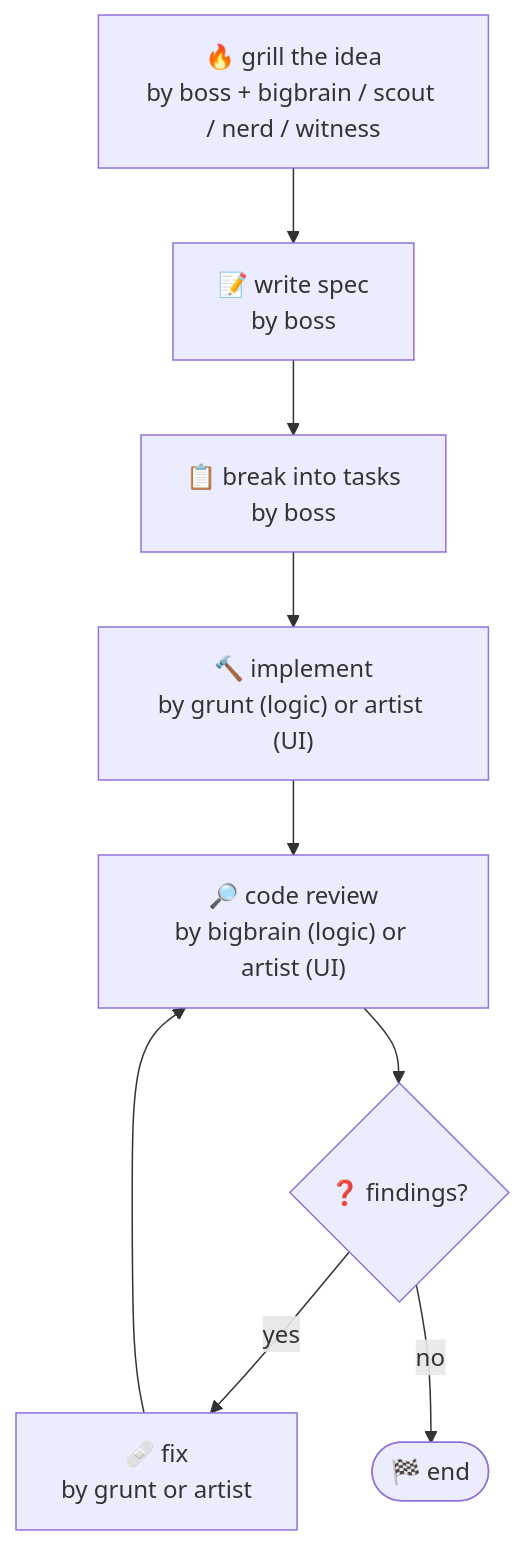
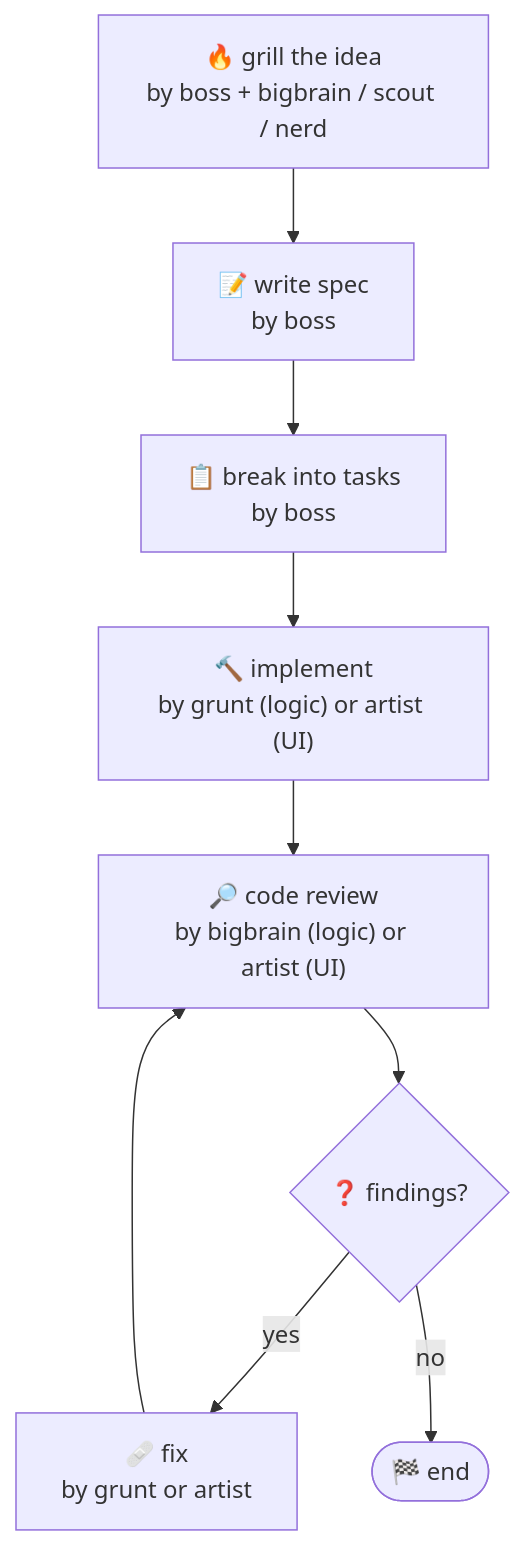
Before and after one commit to supagetto/README.ai: the diagram in README.md, drawn with Mermaid. The commit also changed other lines of this file and 2 other files, not shown here.

Commit message:
🔥 Remove witness agent

````diff
--- a/README.md
+++ b/README.md
@@ -15,11 +14,11 @@
 ```mermaid
 flowchart TD
-    A["🔥 grill the idea<br/>by boss + bigbrain / scout / nerd / witness"] --> B["📝 write spec<br/>by boss"]
+    A["🔥 grill the idea<br/>by boss + bigbrain / scout / nerd"] --> B["📝 write spec<br/>by boss"]
     B --> C["📋 break into tasks<br/>by boss"]
     C --> D["🔨 implement<br/>by grunt (logic) or artist (UI)"]
     D --> E["🔎 code review<br/>by bigbrain (logic) or artist (UI)"]
     E --> F{❓ findings?}
     F -->|yes| G["🩹 fix<br/>by grunt or artist"]
     G --> E
     F -->|no| H(["🏁 end"])
 ```
````
